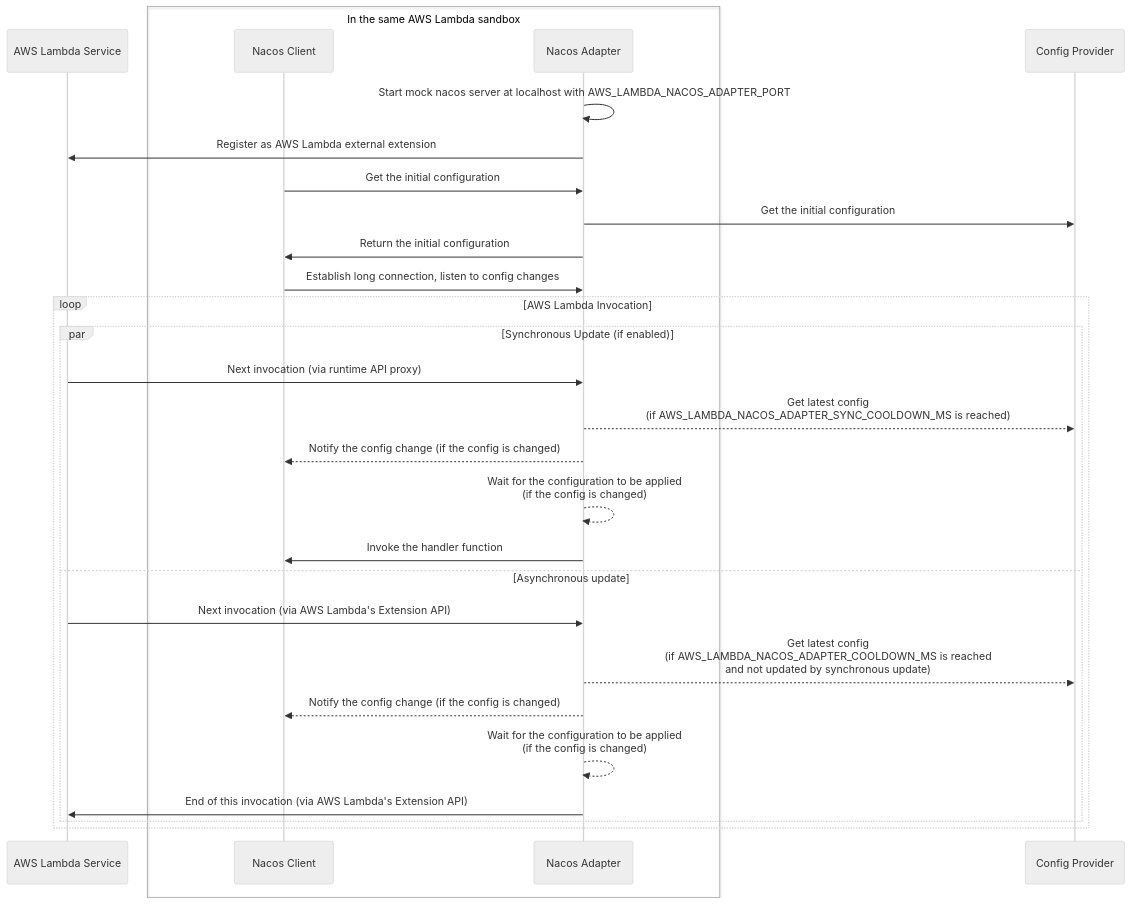
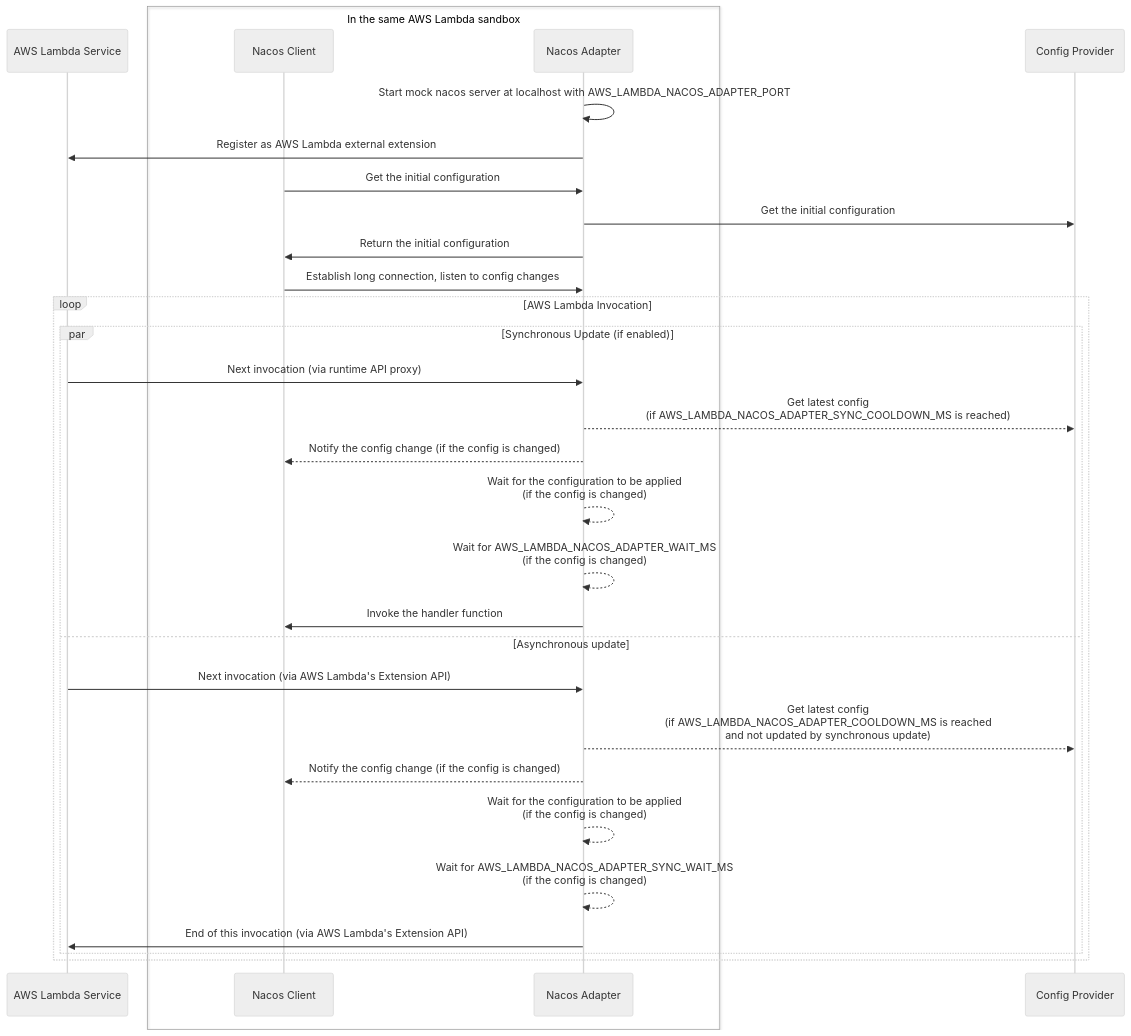
Before and after one commit to aws-samples/nacos-adapter-demo-on-aws-lambda: the first of 2 diagrams in README.md, drawn with Mermaid (neutral theme). The commit also changed other lines of this file, not shown here.

````diff
--- a/README.md
+++ b/README.md
@@ -115,32 +123,34 @@
 ```mermaid
 sequenceDiagram
   participant L as AWS Lambda Service
   participant C as Nacos Client
   participant A as Nacos Adapter
   participant S as Config Provider
   box In the same AWS Lambda sandbox
     participant C
     participant A
   end
   A->>A: Start mock nacos server at localhost with AWS_LAMBDA_NACOS_ADAPTER_PORT
   A->>L: Register as AWS Lambda external extension
   C->>A: Get the initial configuration
   A->>S: Get the initial configuration
   A->>C: Return the initial configuration
   C->>A: Establish long connection, listen to config changes
   loop AWS Lambda Invocation
     par Synchronous Update (if enabled)
       L->>A: Next invocation (via runtime API proxy)
       A-->>S: Get latest config <br/> (if AWS_LAMBDA_NACOS_ADAPTER_SYNC_COOLDOWN_MS is reached)
       A-->>C: Notify the config change (if the config is changed)
       A-->>A: Wait for the configuration to be applied <br/> (if the config is changed)
+      A-->>A: Wait for AWS_LAMBDA_NACOS_ADAPTER_WAIT_MS <br/> (if the config is changed)
       A->>C: Invoke the handler function
     and Asynchronous update
       L->>A: Next invocation (via AWS Lambda's Extension API)
       A-->>S: Get latest config <br/> (if AWS_LAMBDA_NACOS_ADAPTER_COOLDOWN_MS is reached <br/> and not updated by synchronous update)
       A-->>C: Notify the config change (if the config is changed)
       A-->>A: Wait for the configuration to be applied <br/> (if the config is changed)
+      A-->>A: Wait for AWS_LAMBDA_NACOS_ADAPTER_SYNC_WAIT_MS <br/> (if the config is changed)
       A->>L: End of this invocation (via AWS Lambda's Extension API)
     end
   end
 ```
````
